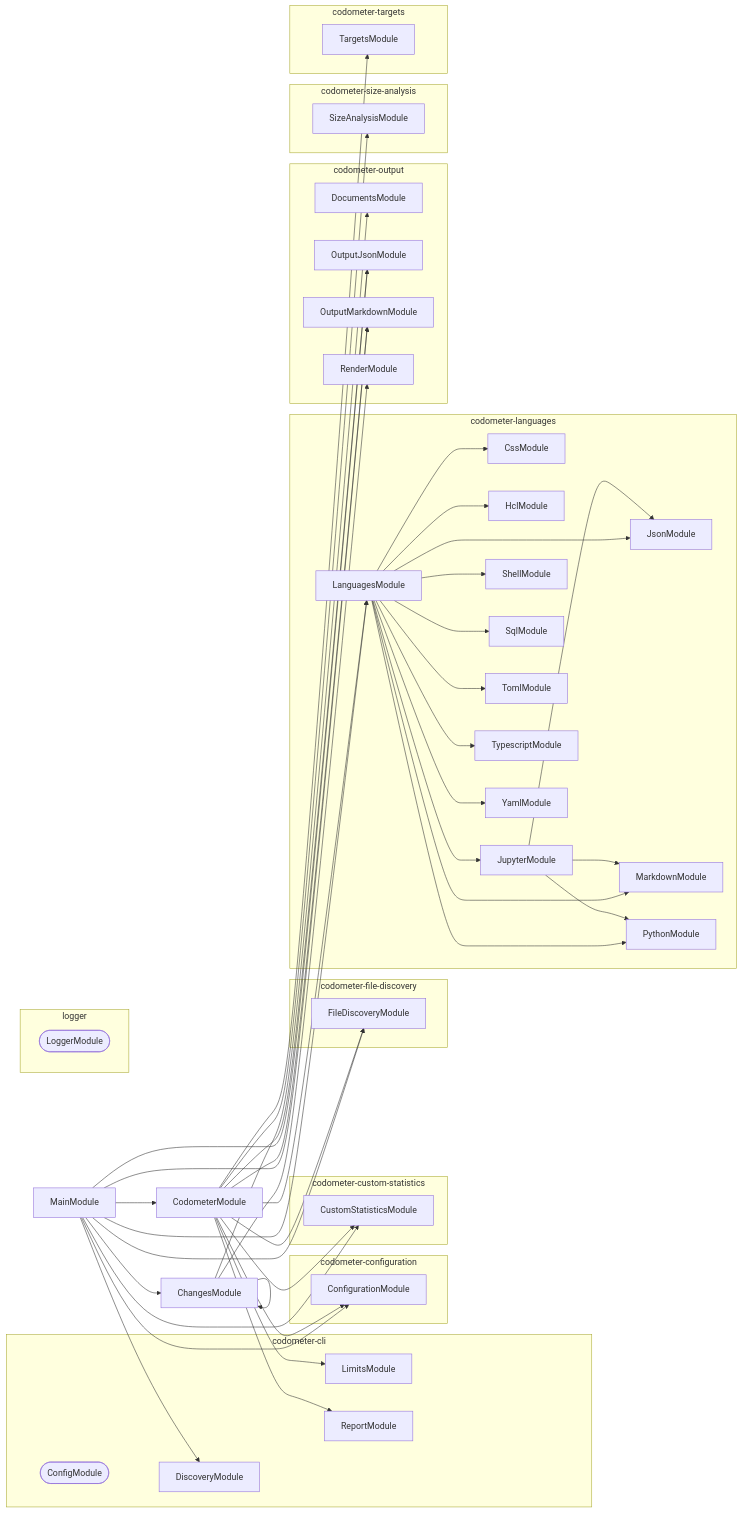
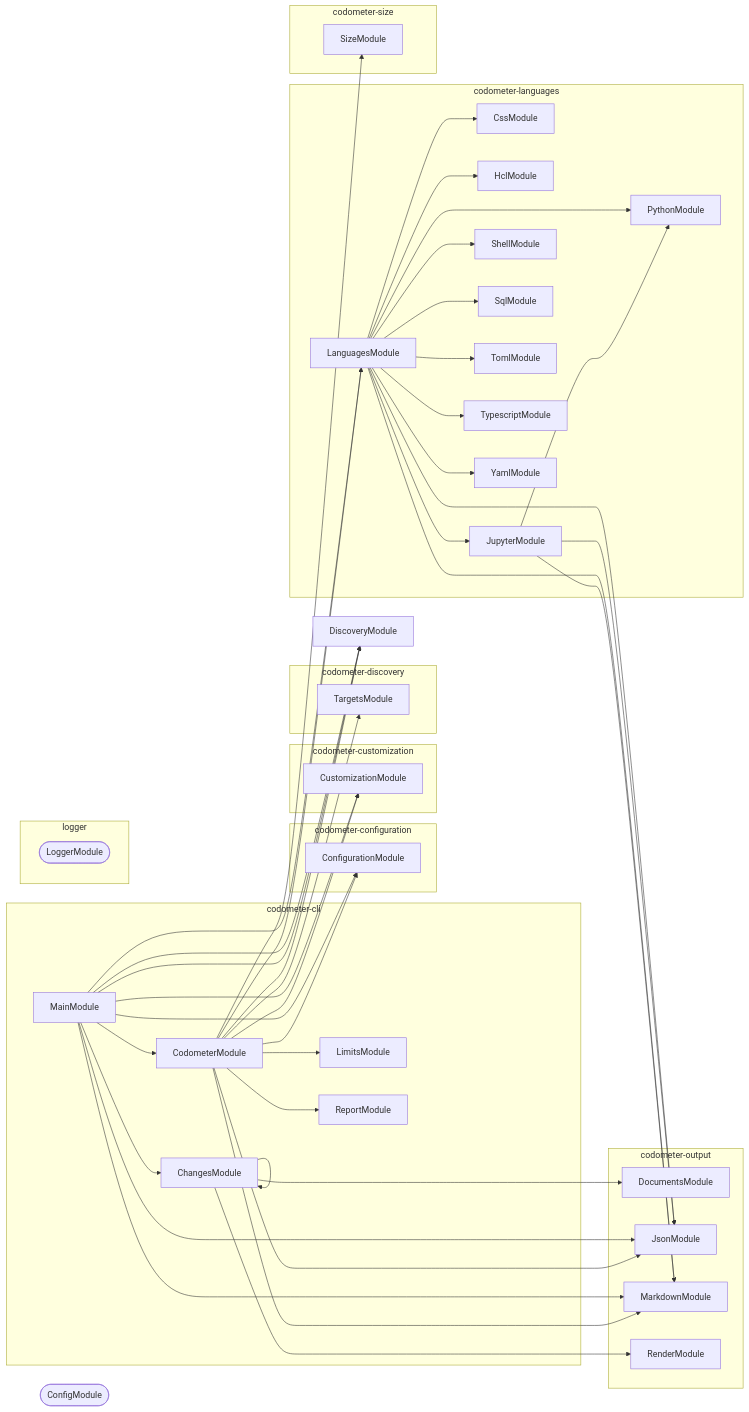
Before and after one commit to JimmyPaolini/codebase: the second of 2 diagrams in packages/codometer-cli/README.md, drawn with Mermaid. The commit also changed other lines of this file and 154 other files, not shown here.

````diff
--- a/packages/codometer-cli/README.md
+++ b/packages/codometer-cli/README.md
@@ -473,19 +471,17 @@
   subgraph group1["codometer-configuration"]
     ConfigurationModule
   end
-  subgraph group2["codometer-custom-statistics"]
-    CustomStatisticsModule
+  subgraph group2["codometer-customization"]
+    CustomizationModule
   end
-  subgraph group3["codometer-file-discovery"]
-    FileDiscoveryModule
+  subgraph group3["codometer-discovery"]
+    TargetsModule
   end
   subgraph group4["codometer-languages"]
     CssModule
     HclModule
-    JsonModule
     JupyterModule
     LanguagesModule
-    MarkdownModule
     PythonModule
     ShellModule
     SqlModule
@@ -495,17 +491,14 @@
   end
   subgraph group5["codometer-output"]
     DocumentsModule
-    OutputJsonModule
-    OutputMarkdownModule
+    JsonModule
+    MarkdownModule
     RenderModule
   end
-  subgraph group6["codometer-size-analysis"]
-    SizeAnalysisModule
+  subgraph group6["codometer-size"]
+    SizeModule
   end
-  subgraph group7["codometer-targets"]
-    TargetsModule
-  end
-  subgraph group8["logger"]
+  subgraph group7["logger"]
     LoggerModule([LoggerModule])
   end
   ConfigModule([ConfigModule])
@@ -514,14 +507,14 @@
   ChangesModule --> DocumentsModule
   ChangesModule --> RenderModule
   CodometerModule --> ConfigurationModule
-  CodometerModule --> CustomStatisticsModule
-  CodometerModule --> FileDiscoveryModule
+  CodometerModule --> CustomizationModule
+  CodometerModule --> DiscoveryModule
+  CodometerModule --> JsonModule
   CodometerModule --> LanguagesModule
   CodometerModule --> LimitsModule
-  CodometerModule --> OutputJsonModule
-  CodometerModule --> OutputMarkdownModule
+  CodometerModule --> MarkdownModule
   CodometerModule --> ReportModule
-  CodometerModule --> SizeAnalysisModule
+  CodometerModule --> SizeModule
   CodometerModule --> TargetsModule
   JupyterModule --> JsonModule
   JupyterModule --> MarkdownModule
@@ -540,10 +533,10 @@
   MainModule --> ChangesModule
   MainModule --> CodometerModule
   MainModule --> ConfigurationModule
-  MainModule --> CustomStatisticsModule
+  MainModule --> CustomizationModule
   MainModule --> DiscoveryModule
-  MainModule --> FileDiscoveryModule
+  MainModule --> DiscoveryModule
+  MainModule --> JsonModule
   MainModule --> LanguagesModule
-  MainModule --> OutputJsonModule
-  MainModule --> OutputMarkdownModule
+  MainModule --> MarkdownModule
 ```
````
